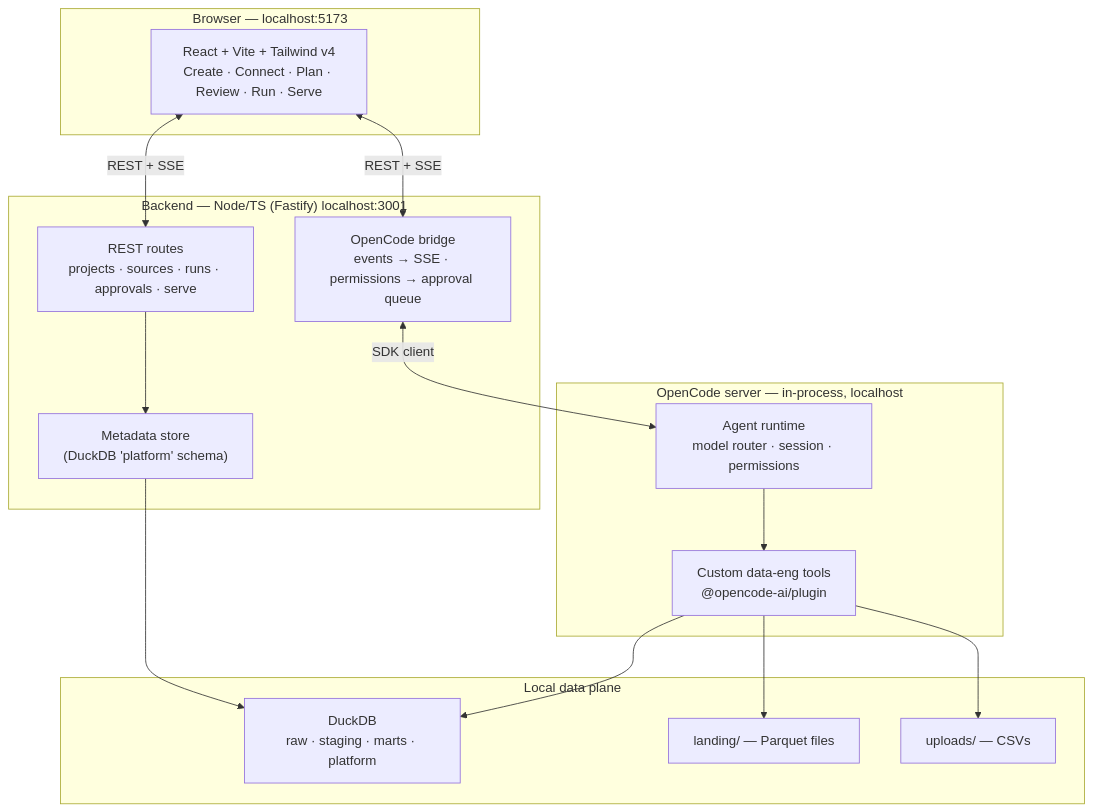
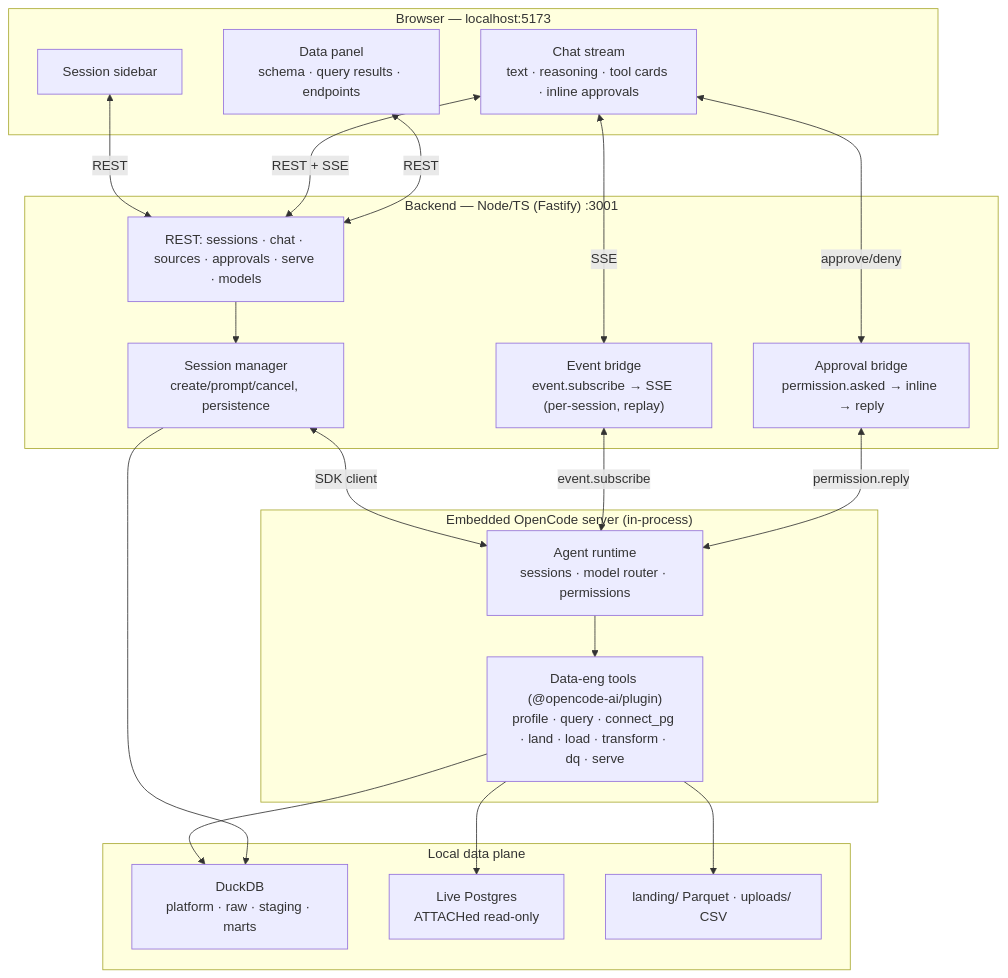
The first of 2 diagrams in ARCHITECTURE.md (X-ace-V/datastack-one), drawn with Mermaid before and after one commit. The commit also changed other lines of this file and 2 other files, not shown here.

First line of the commit message:
docs: rewrite the contract around a conversational agent

````diff
--- a/ARCHITECTURE.md
+++ b/ARCHITECTURE.md
@@ -30,33 +28,41 @@
 ```mermaid
 flowchart TD
     subgraph Browser["Browser — localhost:5173"]
-        UI["React + Vite + Tailwind v4<br/>Create · Connect · Plan · Review · Run · Serve"]
+        SB["Session sidebar"]
+        CHAT["Chat stream<br/>text · reasoning · tool cards · inline approvals"]
+        PANEL["Data panel<br/>schema · query results · endpoints"]
     end
 
-    subgraph Backend["Backend — Node/TS (Fastify) localhost:3001"]
-        API["REST routes<br/>projects · sources · runs · approvals · serve"]
-        BRIDGE["OpenCode bridge<br/>events → SSE · permissions → approval queue"]
-        STORE["Metadata store<br/>(DuckDB 'platform' schema)"]
+    subgraph Backend["Backend — Node/TS (Fastify) :3001"]
+        SESS["Session manager<br/>create/prompt/cancel, persistence"]
+        BRIDGE["Event bridge<br/>event.subscribe → SSE (per-session, replay)"]
+        APPR["Approval bridge<br/>permission.asked → inline → reply"]
+        ROUTES["REST: sessions · chat · sources · approvals · serve · models"]
     end
 
-    subgraph Agent["OpenCode server — in-process, localhost"]
-        OC["Agent runtime<br/>model router · session · permissions"]
-        TOOLS["Custom data-eng tools<br/>@opencode-ai/plugin"]
+    subgraph OC["Embedded OpenCode server (in-process)"]
+        AGENT["Agent runtime<br/>sessions · model router · permissions"]
+        TOOLS["Data-eng tools (@opencode-ai/plugin)<br/>profile · query · connect_pg · land · load · transform · dq · serve"]
     end
 
     subgraph Data["Local data plane"]
-        DUCK["DuckDB<br/>raw · staging · marts · platform"]
-        LAND["landing/ — Parquet files"]
-        UP["uploads/ — CSVs"]
+        DUCK["DuckDB<br/>platform · raw · staging · marts"]
+        PG["Live Postgres<br/>ATTACHed read-only"]
+        LAND["landing/ Parquet · uploads/ CSV"]
     end
 
-    UI <-->|REST + SSE| API
-    UI <-->|REST + SSE| BRIDGE
-    API --> STORE
-    BRIDGE <-->|SDK client| OC
-    OC --> TOOLS
+    SB <-->|REST| ROUTES
+    CHAT <-->|REST + SSE| ROUTES
+    CHAT <-->|SSE| BRIDGE
+    CHAT <-->|approve/deny| APPR
+    PANEL <-->|REST| ROUTES
+    ROUTES --> SESS
+    SESS <-->|SDK client| AGENT
+    BRIDGE <-->|event.subscribe| AGENT
+    APPR <-->|permission.reply| AGENT
+    AGENT --> TOOLS
     TOOLS --> DUCK
+    TOOLS --> PG
     TOOLS --> LAND
-    TOOLS --> UP
-    STORE --> DUCK
+    SESS --> DUCK
 ```
````
